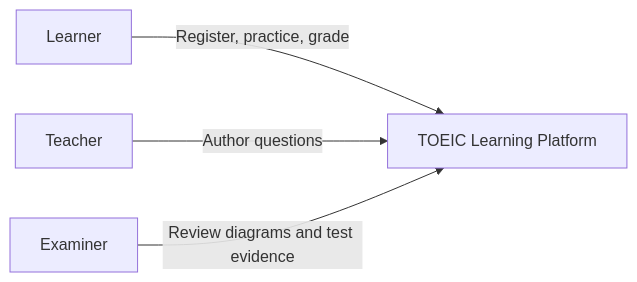
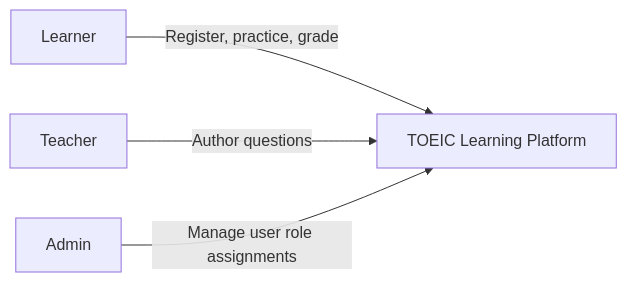
The first of 6 diagrams in docs/EXAM_ARCHITECTURE.md (chienvoxn/toeic-learning-platform-microservices), drawn with Mermaid before and after one commit. The commit also changed other lines of this file and 3 other files, not shown here.

Commit message:
docs(architecture): complete ADD QAS C4 ERD RBAC and QA03 sequence

````diff
--- a/docs/EXAM_ARCHITECTURE.md
+++ b/docs/EXAM_ARCHITECTURE.md
@@ -34,6 +42,6 @@
 ```mermaid
 flowchart LR
  L["Learner"] -->|Register, practice, grade| S["TOEIC Learning Platform"]
  T["Teacher"] -->|Author questions| S
- E["Examiner"] -->|Review diagrams and test evidence| S
+ A["Admin"] -->|Manage user role assignments| S
 ```
````
